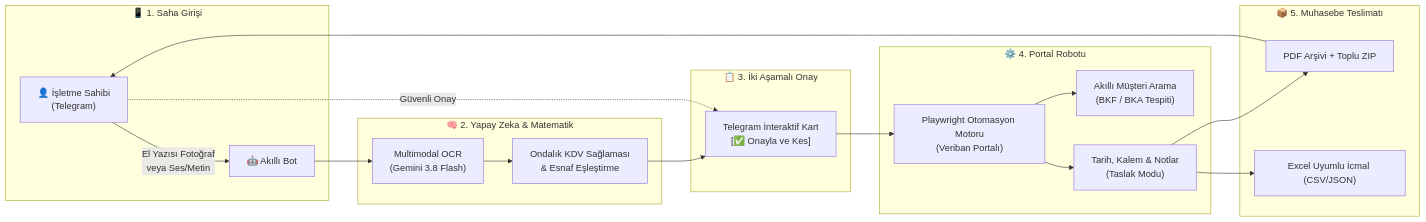
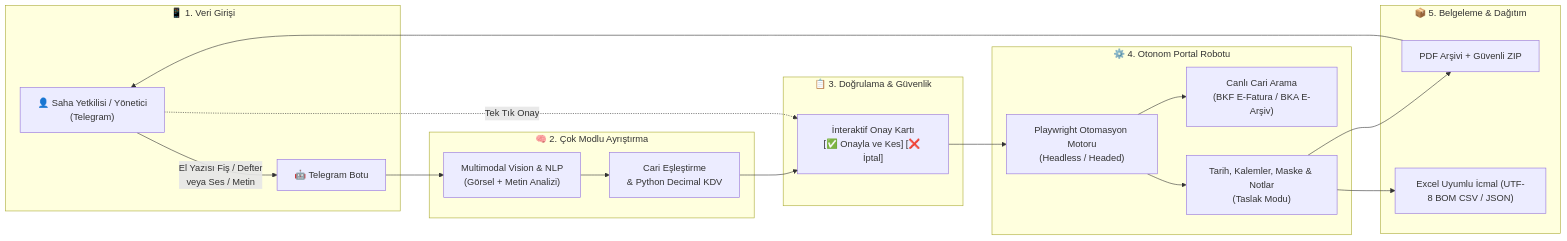
The diagram in README.md (whywouldnt/e-fatura-surec-otomasyonu), drawn with Mermaid before and after one commit. The commit also changed other lines of this file, not shown here.

````diff
--- a/README.md
+++ b/README.md
@@ -41,29 +41,29 @@
 ```mermaid
 flowchart LR
-    subgraph IN["📱 1. Saha Girişi"]
-        A["👤 İşletme Sahibi\n(Telegram)"]
-        A -->|El Yazısı Fotoğraf\nveya Ses/Metin| B["🤖 Akıllı Bot"]
+    subgraph IN["📱 1. Veri Girişi"]
+        A["👤 Saha Yetkilisi / Yönetici\n(Telegram)"]
+        A -->|El Yazısı Fiş / Defter\nveya Ses / Metin| B["🤖 Telegram Botu"]
     end
 
-    subgraph AI["🧠 2. Yapay Zeka & Matematik"]
-        B --> C["Multimodal OCR\n(Gemini 3.8 Flash)"]
-        C --> D["Ondalık KDV Sağlaması\n& Esnaf Eşleştirme"]
+    subgraph AI["🧠 2. Çok Modlu Ayrıştırma"]
+        B --> C["Multimodal Vision & NLP\n(Görsel + Metin Analizi)"]
+        C --> D["Cari Eşleştirme\n& Python Decimal KDV"]
     end
 
-    subgraph OK["📋 3. İki Aşamalı Onay"]
-        D --> E["Telegram İnteraktif Kart\n[✅ Onayla ve Kes]"]
-        A -.->|Güvenli Onay| E
+    subgraph OK["📋 3. Doğrulama & Güvenlik"]
+        D --> E["İnteraktif Onay Kartı\n[✅ Onayla ve Kes] [❌ İptal]"]
+        A -.->|Tek Tık Onay| E
     end
 
-    subgraph BOT["⚙️ 4. Portal Robotu"]
-        E --> F["Playwright Otomasyon Motoru\n(Veriban Portalı)"]
-        F --> G["Akıllı Müşteri Arama\n(BKF / BKA Tespiti)"]
-        F --> H["Tarih, Kalem & Notlar\n(Taslak Modu)"]
+    subgraph BOT["⚙️ 4. Otonom Portal Robotu"]
+        E --> F["Playwright Otomasyon Motoru\n(Headless / Headed)"]
+        F --> G["Canlı Cari Arama\n(BKF E-Fatura / BKA E-Arşiv)"]
+        F --> H["Tarih, Kalemler, Maske & Notlar\n(Taslak Modu)"]
     end
 
-    subgraph OUT["📦 5. Muhasebe Teslimatı"]
-        H --> I["PDF Arşivi + Toplu ZIP"]
-        H --> J["Excel Uyumlu İcmal (CSV/JSON)"]
+    subgraph OUT["📦 5. Belgeleme & Dağıtım"]
+        H --> I["PDF Arşivi + Güvenli ZIP"]
+        H --> J["Excel Uyumlu İcmal (UTF-8 BOM CSV / JSON)"]
         I --> A
     end
 ```
````
